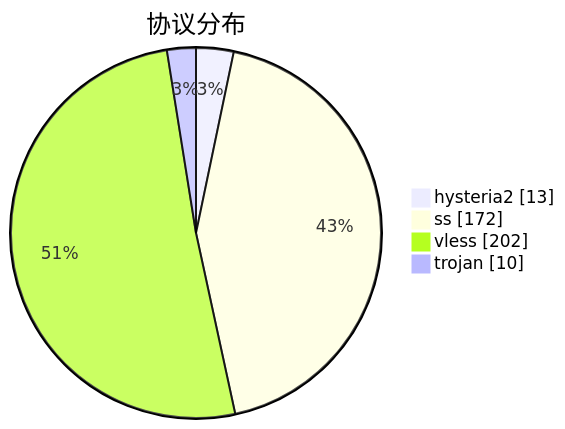
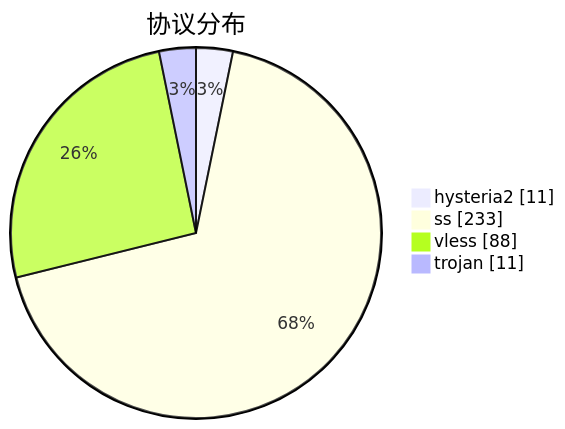
The third of 3 diagrams in subs/statistics/tested_within.md (qjlxg/airport), drawn with Mermaid before and after one commit. The commit also changed other lines of this file and 2 other files, not shown here.

````diff
--- a/subs/statistics/tested_within.md
+++ b/subs/statistics/tested_within.md
@@ -20,8 +18,8 @@
 ```mermaid
 pie showData
 title 协议分布
-"hysteria2" : 13
-"ss" : 172
-"vless" : 202
-"trojan" : 10
+"hysteria2" : 11
+"ss" : 233
+"vless" : 88
+"trojan" : 11
 ```
````
